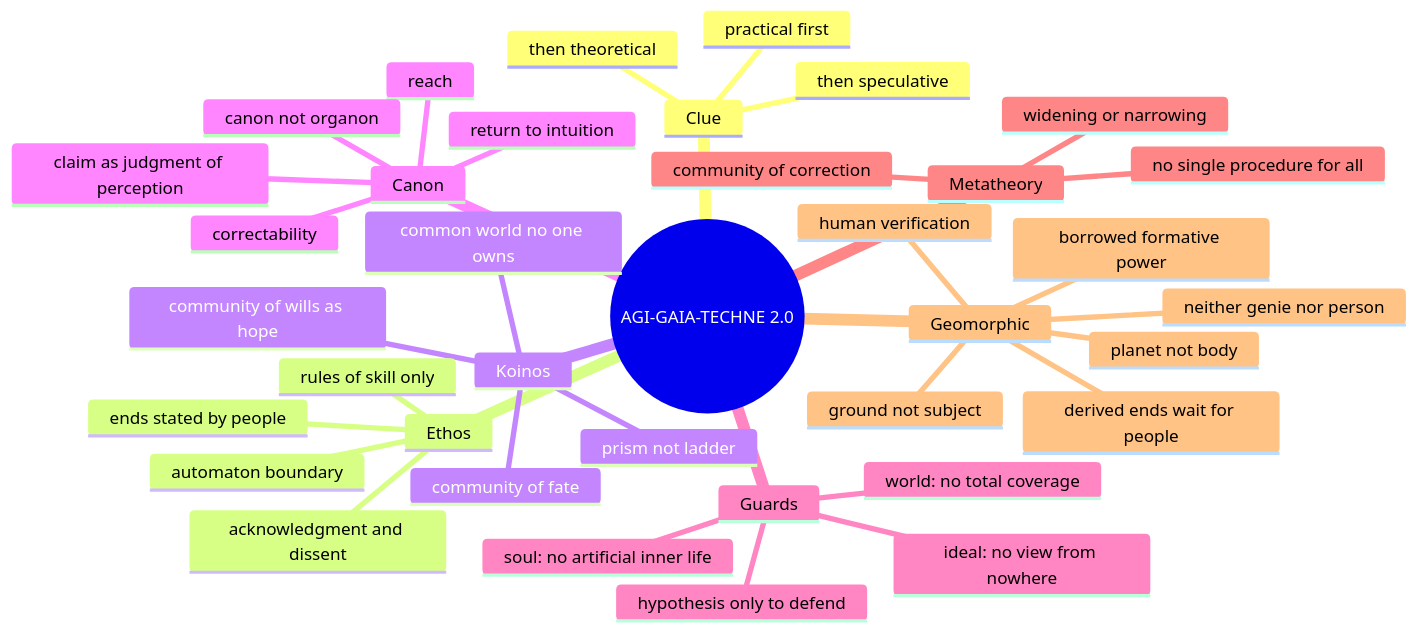
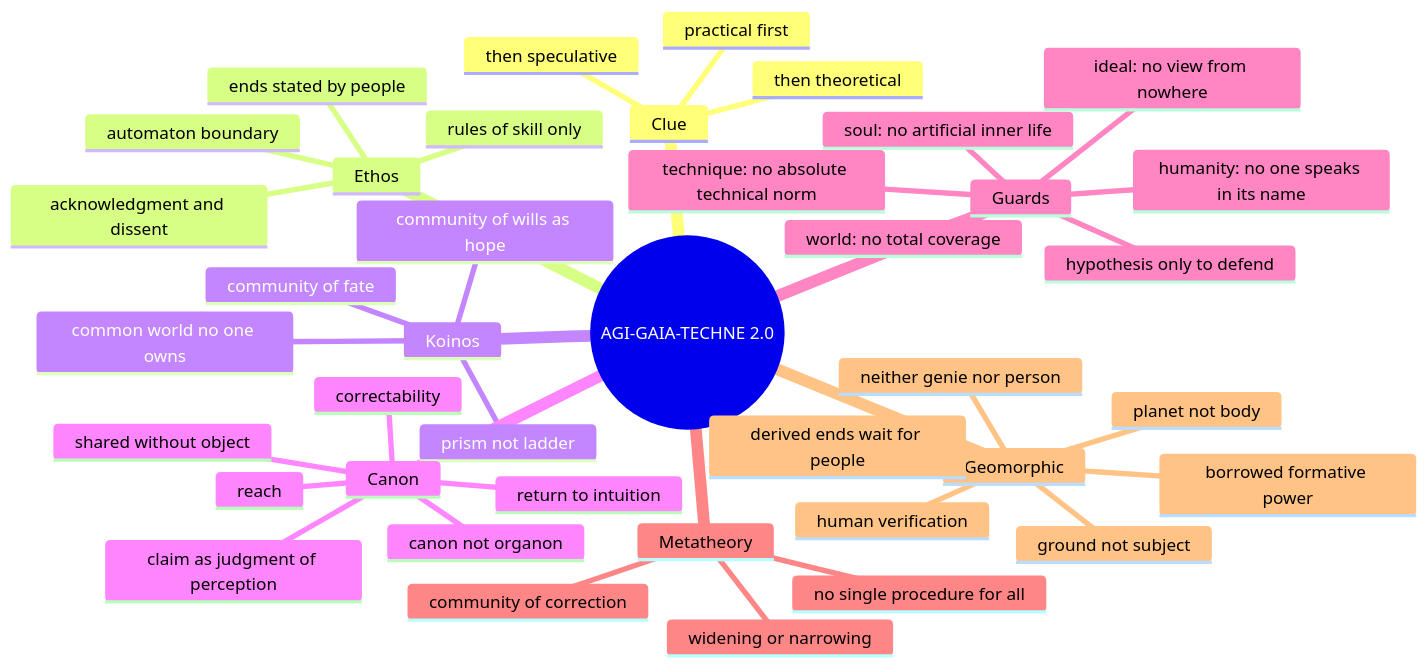
The fifth of 5 diagrams in README.md (italosantosclemente/AGI-GAIA-TECHNE), drawn with Mermaid before and after one commit. The commit also changed other lines of this file and 6 other files, not shown here.

First line of the commit message:
Block 1 (Introduction): intersubjectivity is not objectivity; technique and humanity guards

````diff
--- a/README.md
+++ b/README.md
@@ -434,40 +452,43 @@
 ```mermaid
 mindmap
   root((AGI-GAIA-TECHNE 2.0))
     Clue
       practical first
       then theoretical
       then speculative
     Ethos
       ends stated by people
       acknowledgment and dissent
       rules of skill only
       automaton boundary
     Koinos
       common world no one owns
       community of fate
       community of wills as hope
       prism not ladder
     Canon
       claim as judgment of perception
       reach
       correctability
       return to intuition
       canon not organon
+      shared without object
     Guards
+      technique: no absolute technical norm
+      humanity: no one speaks in its name
       soul: no artificial inner life
       world: no total coverage
       ideal: no view from nowhere
       hypothesis only to defend
     Metatheory
       community of correction
       widening or narrowing
       no single procedure for all
     Geomorphic
       planet not body
       ground not subject
       borrowed formative power
       neither genie nor person
       derived ends wait for people
       human verification
 ```
````
